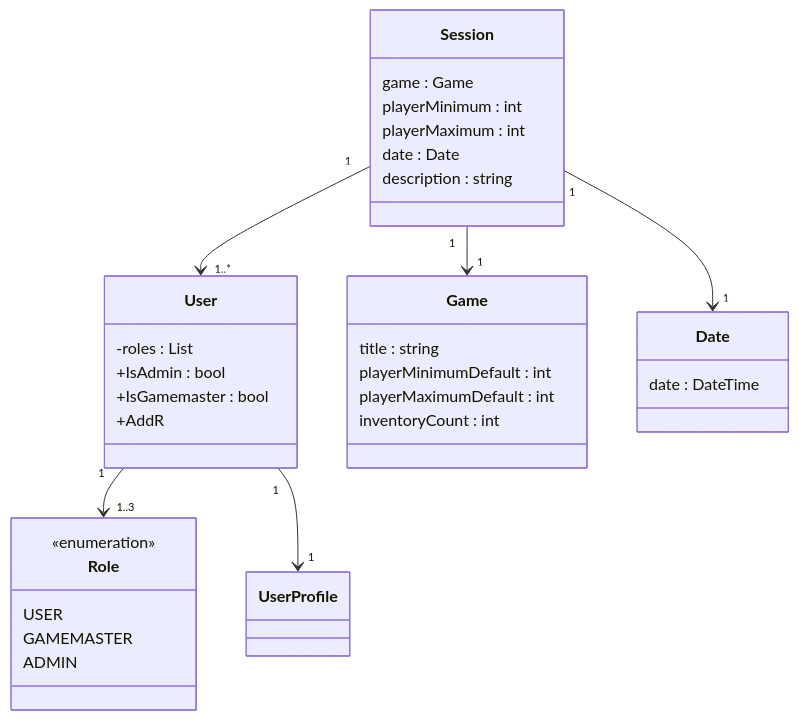
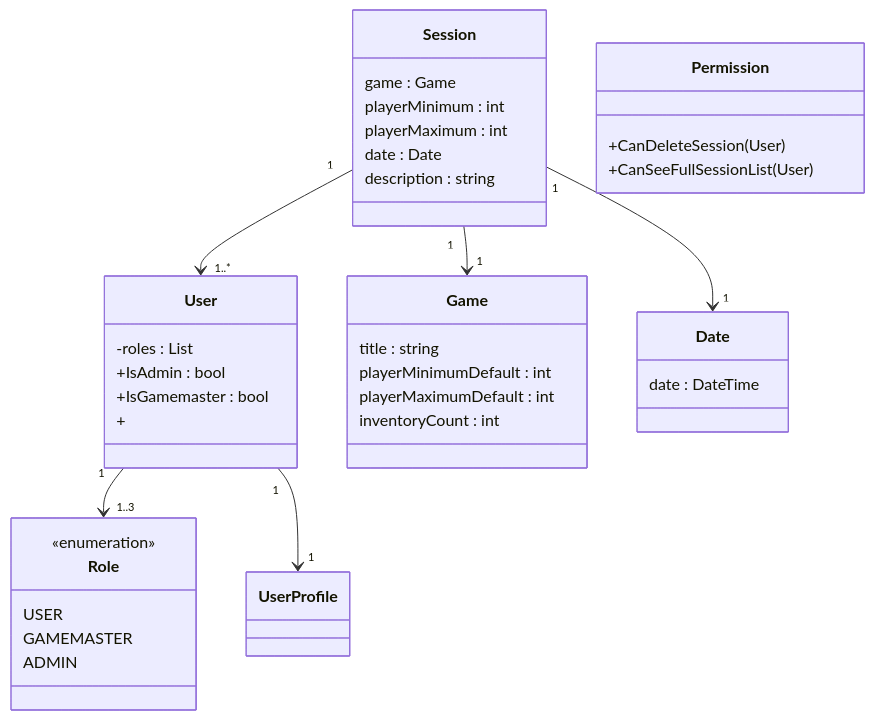
One commit to MatiasHeiberg/1.semesterprojekt changed the second of 2 diagrams in 02 notes/Klassediagram.md. Above: the diagram before and after it, drawn with Mermaid.

Commit message:
Klassediagram

````diff
--- a/02 notes/Klassediagram.md
+++ b/02 notes/Klassediagram.md
@@ -38,45 +38,49 @@
 ```mermaid
 classDiagram
 
 %% Class definitions
 class Session {
 	game : Game
 	playerMinimum : int 
 	playerMaximum : int
 	date : Date
 	description : string
 	
 	%% Skal have en constructor der tager default spiller count som standard værdi.
 }
 class User {
 	-roles : List<Role>
 	+IsAdmin : bool
 	+IsGamemaster : bool
-	+AddR
+	+
 	
 }
 class Role {
 	<<enumeration>>
     USER
     GAMEMASTER
     ADMIN
 }
 class Game {
 	title : string
 	playerMinimumDefault : int
 	playerMaximumDefault : int
 	inventoryCount : int
 }
 class UserProfile
 class Date {
 	date : DateTime
 }
+class Permission {
+	+CanDeleteSession(User)
+	+CanSeeFullSessionList(User)
+}
 
 %% Class relationships
 Session "1" --> "1..*" User
 Session "1" --> "1" Game
 Session "1" --> "1" Date
 User "1" --> "1..3" Role
 User "1" --> "1" UserProfile
 
 ```
````
